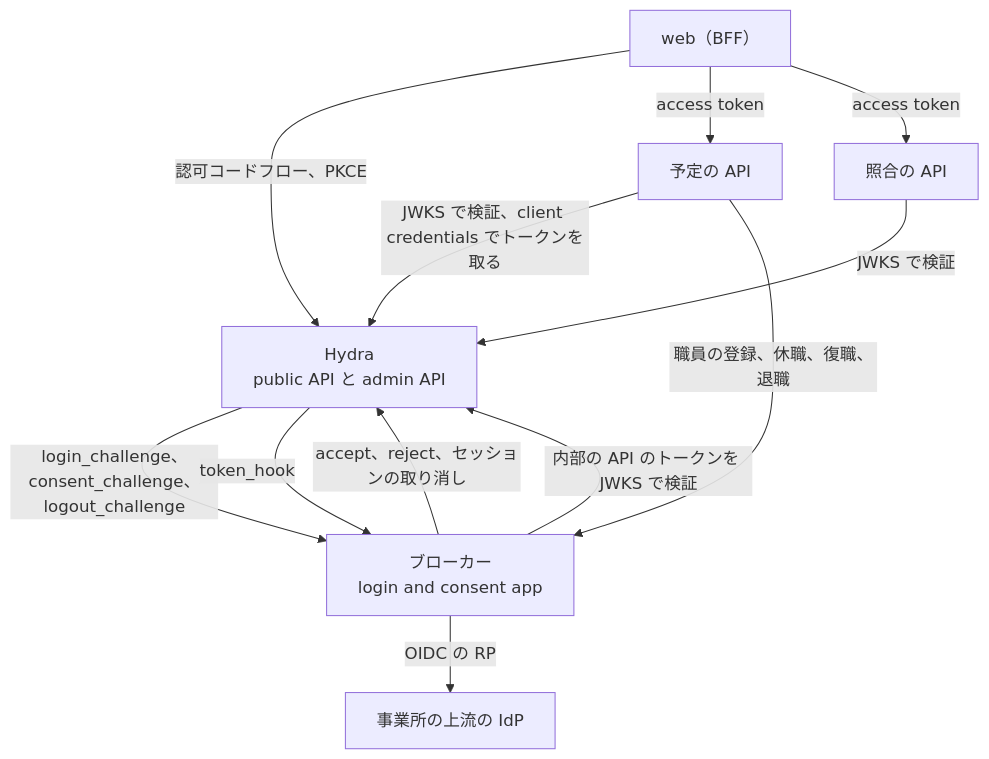
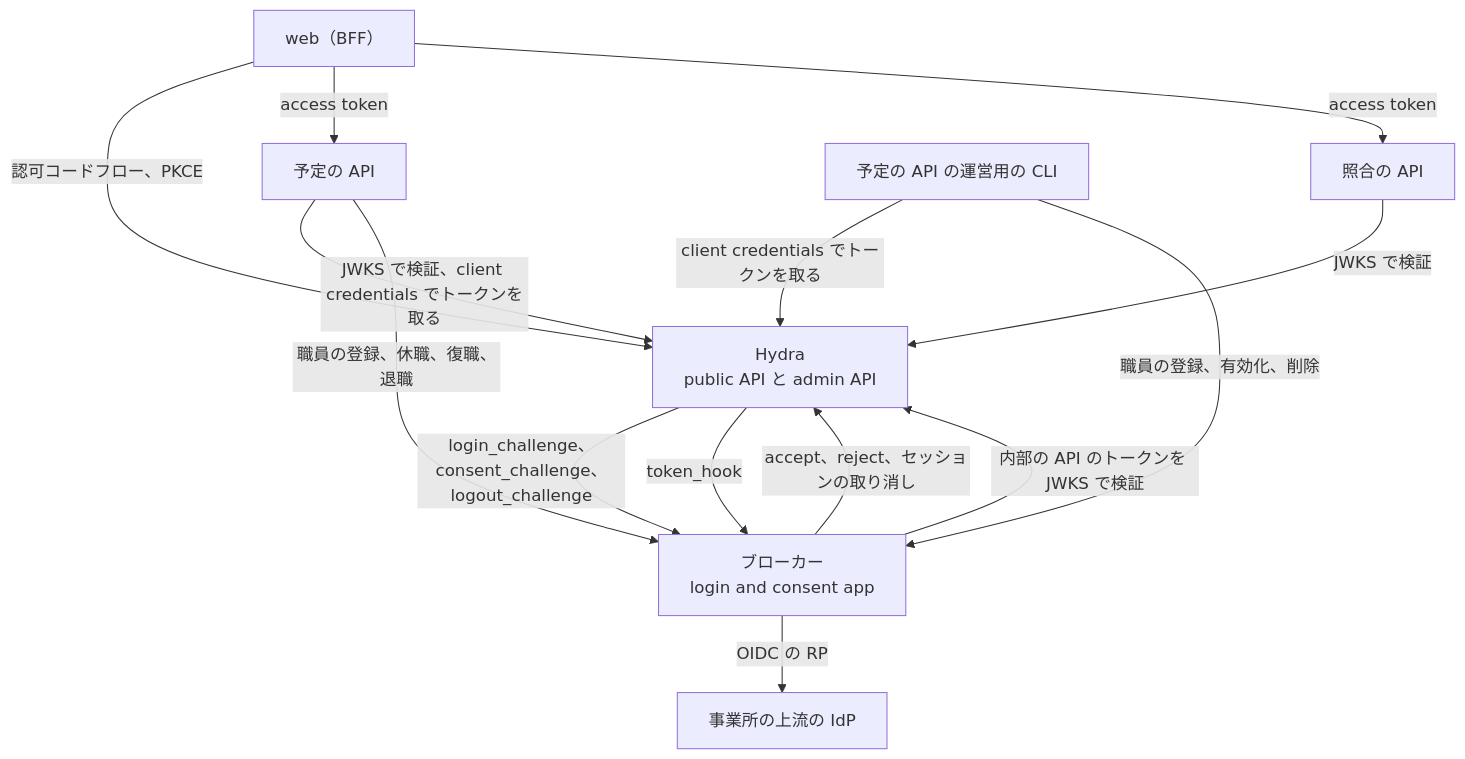
One commit to Fukuemon/buddy changed the first of 9 diagrams in services/broker/DesignDoc.md. Above: the diagram before and after it, drawn with Mermaid. The commit also changed other lines of this file and 10 other files, not shown here.

````diff
--- a/services/broker/DesignDoc.md
+++ b/services/broker/DesignDoc.md
@@ -40,20 +40,23 @@
 ```mermaid
 flowchart TB
   web["web（BFF）"]
   hydra["Hydra<br/>public API と admin API"]
   broker["ブローカー<br/>login and consent app"]
   upstream["事業所の上流の IdP"]
   schedule["予定の API"]
   receipt["照合の API"]
   web -->|認可コードフロー、PKCE| hydra
   hydra -->|login_challenge、consent_challenge、logout_challenge| broker
   broker -->|OIDC の RP| upstream
   broker -->|accept、reject、セッションの取り消し| hydra
   broker -->|内部の API のトークンを JWKS で検証| hydra
   hydra -->|token_hook| broker
   web -->|access token| schedule
   web -->|access token| receipt
   schedule -->|JWKS で検証、client credentials でトークンを取る| hydra
   receipt -->|JWKS で検証| hydra
   schedule -->|職員の登録、休職、復職、退職| broker
+  ops["予定の API の運営用の CLI"]
+  ops -->|client credentials でトークンを取る| hydra
+  ops -->|職員の登録、有効化、削除| broker
 ```
````
